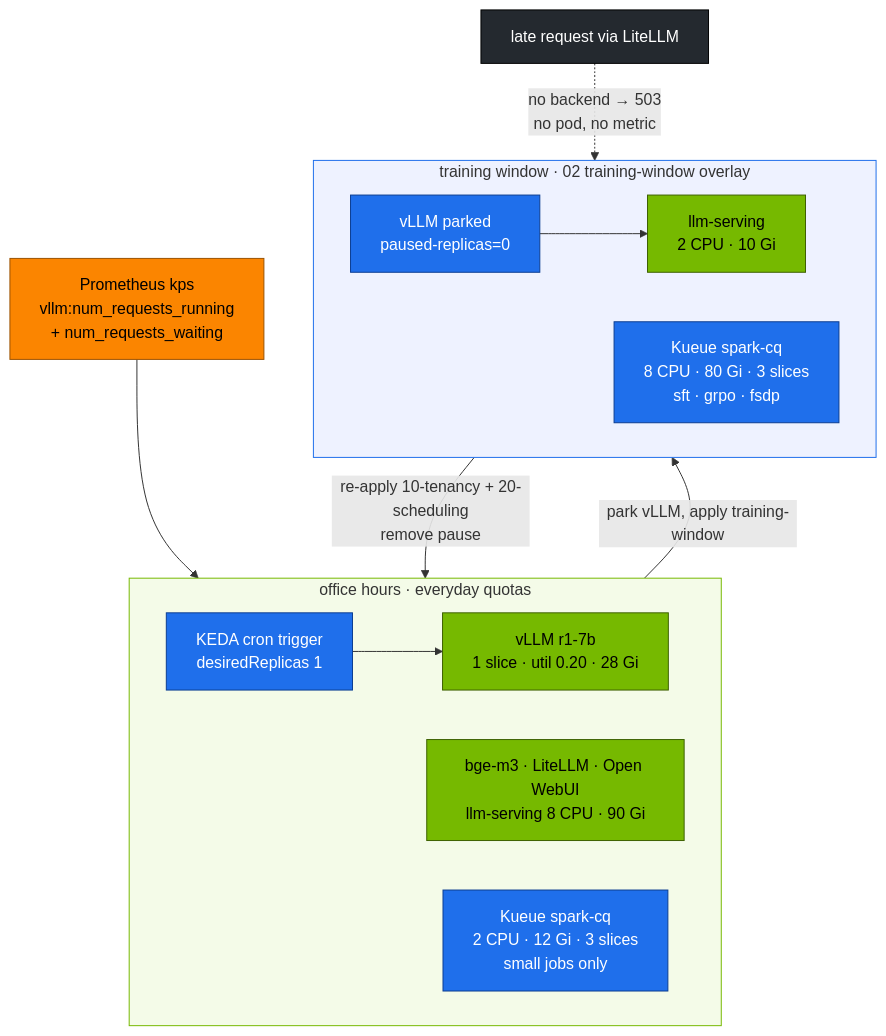
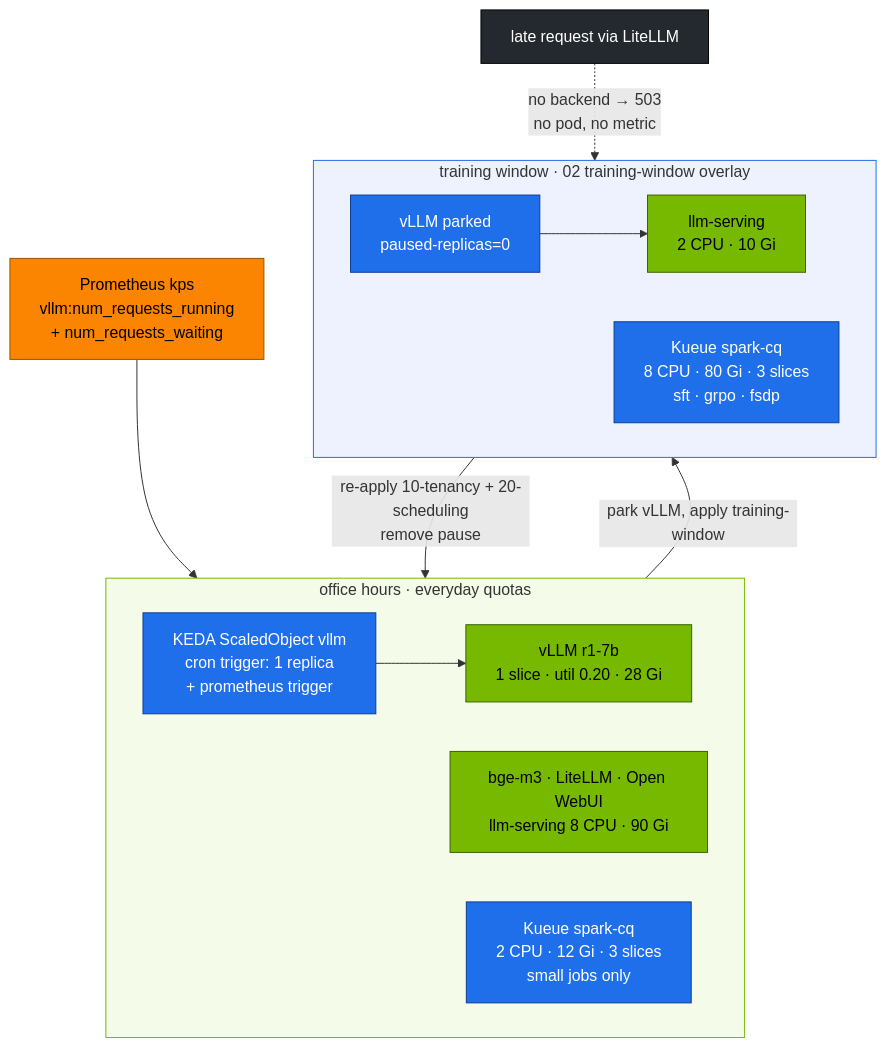
The first of 2 diagrams in 03-DeepSeek/09-autoscaling-and-queueing.md (cloudone365/technical-depth), drawn with Mermaid before and after one commit. The commit also changed other lines of this file and 91 other files, not shown here.

First line of the commit message:
Docs audit 01-04: fix mistakes found against the lab files; step-by-step flows

````diff
--- a/03-DeepSeek/09-autoscaling-and-queueing.md
+++ b/03-DeepSeek/09-autoscaling-and-queueing.md
@@ -34,28 +34,28 @@
 ```mermaid
 flowchart TB
   subgraph DAY["office hours · everyday quotas"]
     direction LR
-    K1["KEDA cron trigger<br/>desiredReplicas 1"] --> V1["vLLM r1-7b<br/>1 slice · util 0.20 · 28 Gi"]
+    K1["KEDA ScaledObject vllm<br/>cron trigger: 1 replica<br/>+ prometheus trigger"] --> V1["vLLM r1-7b<br/>1 slice · util 0.20 · 28 Gi"]
     B1["bge-m3 · LiteLLM · Open WebUI<br/>llm-serving 8 CPU · 90 Gi"]
     Q1["Kueue spark-cq<br/>2 CPU · 12 Gi · 3 slices<br/>small jobs only"]
   end
   subgraph WIN["training window · 02 training-window overlay"]
     direction LR
     K2["vLLM parked<br/>paused-replicas=0"] --> V2["llm-serving<br/>2 CPU · 10 Gi"]
     Q2["Kueue spark-cq<br/>8 CPU · 80 Gi · 3 slices<br/>sft · grpo · fsdp"]
   end
   P["Prometheus kps<br/>vllm:num_requests_running<br/>+ num_requests_waiting"] --> K1
   USER["late request via LiteLLM"] -.->|"no backend → 503<br/>no pod, no metric"| V2
   DAY -->|"park vLLM, apply training-window"| WIN
   WIN -->|"re-apply 10-tenancy + 20-scheduling<br/>remove pause"| DAY
   classDef ctrl fill:#1f6feb,stroke:#0b3d91,color:#fff
   classDef gpu fill:#76b900,stroke:#3d6000,color:#000
   classDef obs fill:#fb8500,stroke:#9a5200,color:#000
   classDef ext fill:#24292f,stroke:#000,color:#fff
   class K1,K2,Q1,Q2 ctrl
   class V1,B1,V2 gpu
   class P obs
   class USER ext
   style DAY fill:#f4fbe8,stroke:#76b900
   style WIN fill:#eef2ff,stroke:#1f6feb
 ```
````
